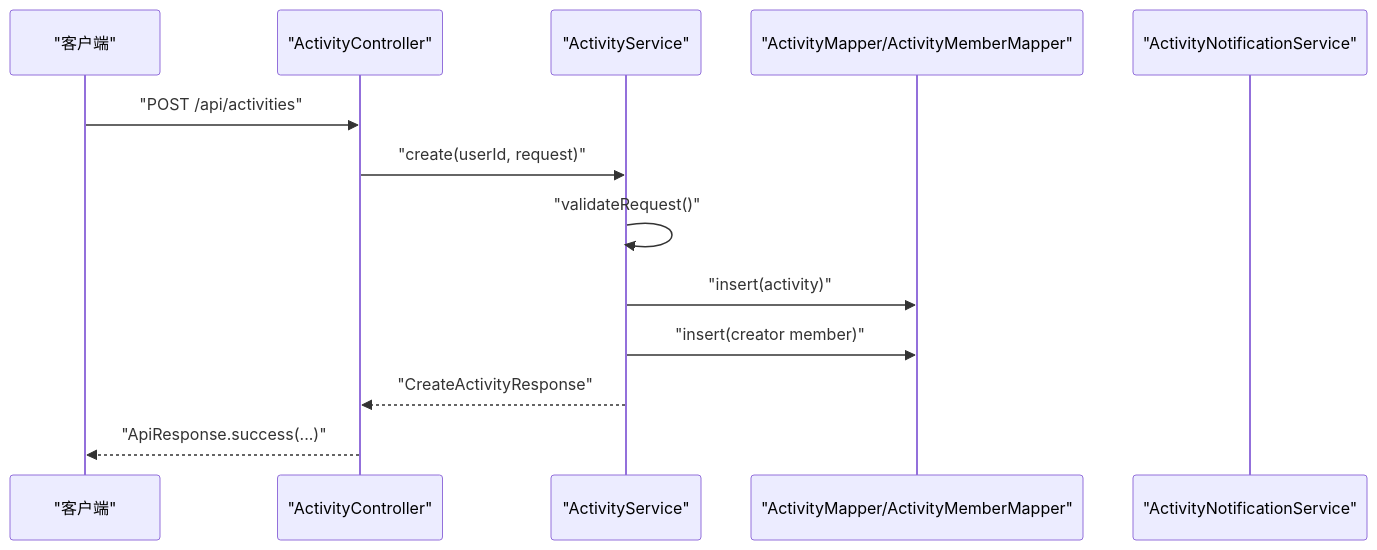
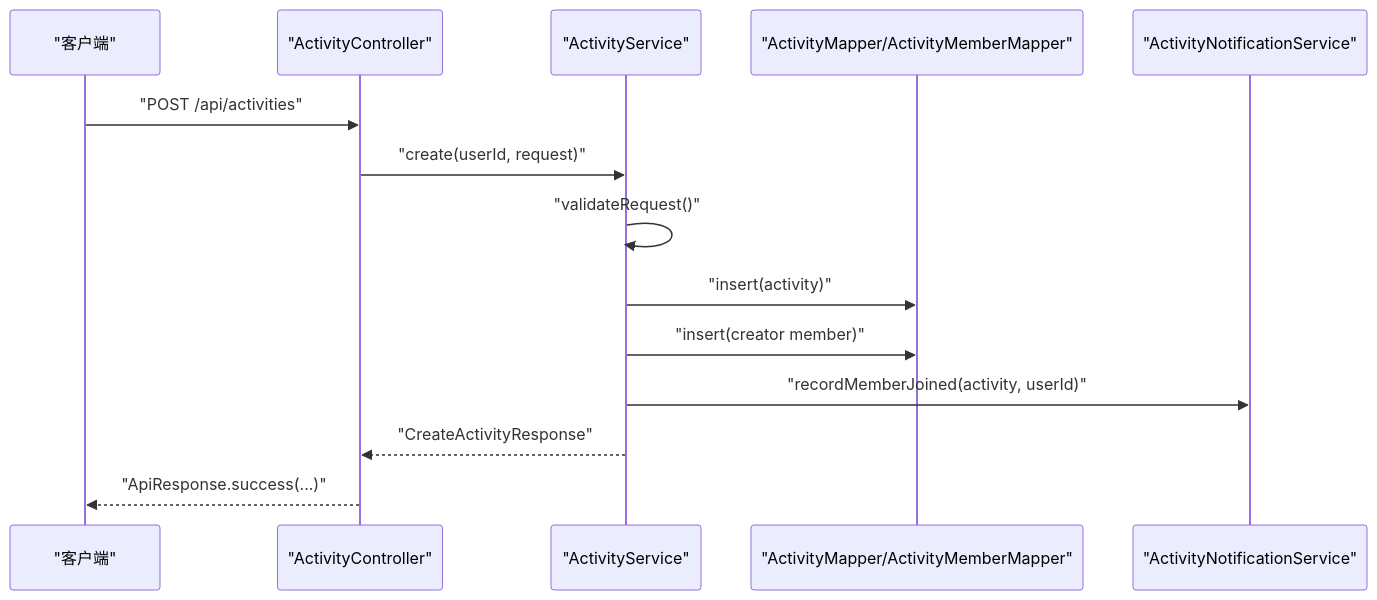
The second of 9 diagrams in .qoder/repowiki/zh/content/后端开发/活动管理模块/活动管理模块.md (cwxiao/zugeju), drawn with Mermaid before and after one commit. The commit also changed other lines of this file and 72 other files, not shown here.

First line of the commit message:
前端：将UI资源装饰图融入各页面，提升视觉丰富度

````diff
--- a/.qoder/repowiki/zh/content/后端开发/活动管理模块/活动管理模块.md
+++ b/.qoder/repowiki/zh/content/后端开发/活动管理模块/活动管理模块.md
@@ -117,15 +131,16 @@
 ```mermaid
 sequenceDiagram
 participant C as "客户端"
 participant Ctrl as "ActivityController"
 participant Svc as "ActivityService"
 participant Map as "ActivityMapper/ActivityMemberMapper"
 participant Noti as "ActivityNotificationService"
 C->>Ctrl : "POST /api/activities"
 Ctrl->>Svc : "create(userId, request)"
 Svc->>Svc : "validateRequest()"
 Svc->>Map : "insert(activity)"
 Svc->>Map : "insert(creator member)"
+Svc->>Noti : "recordMemberJoined(activity, userId)"
 Svc-->>Ctrl : "CreateActivityResponse"
 Ctrl-->>C : "ApiResponse.success(...)"
 ```
````
